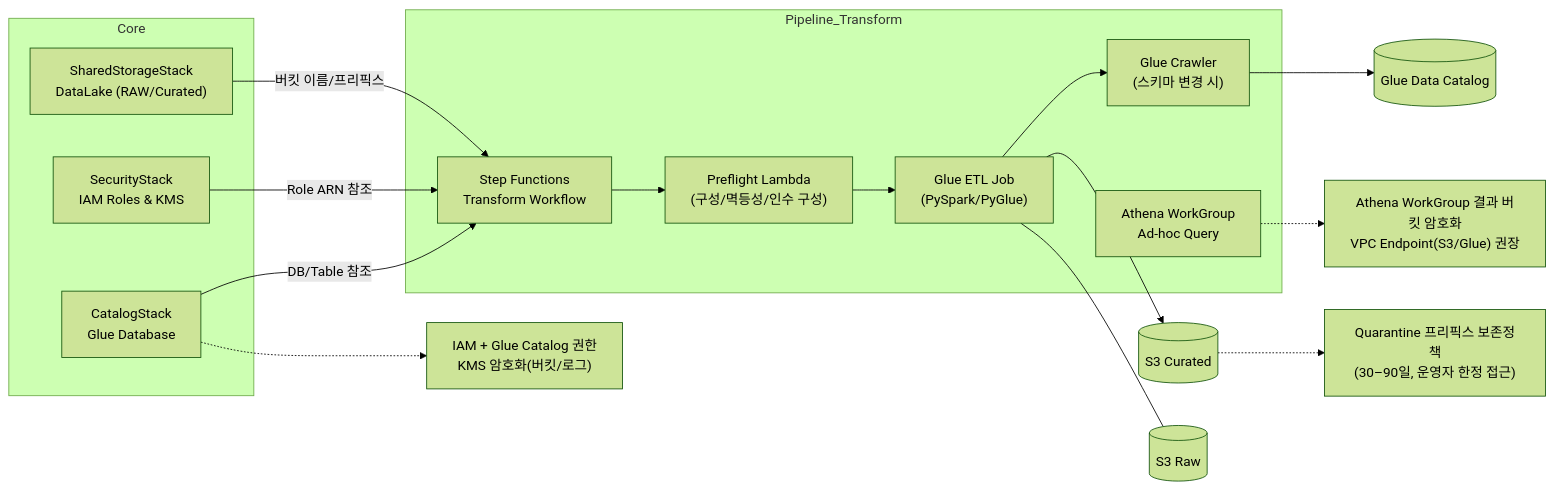
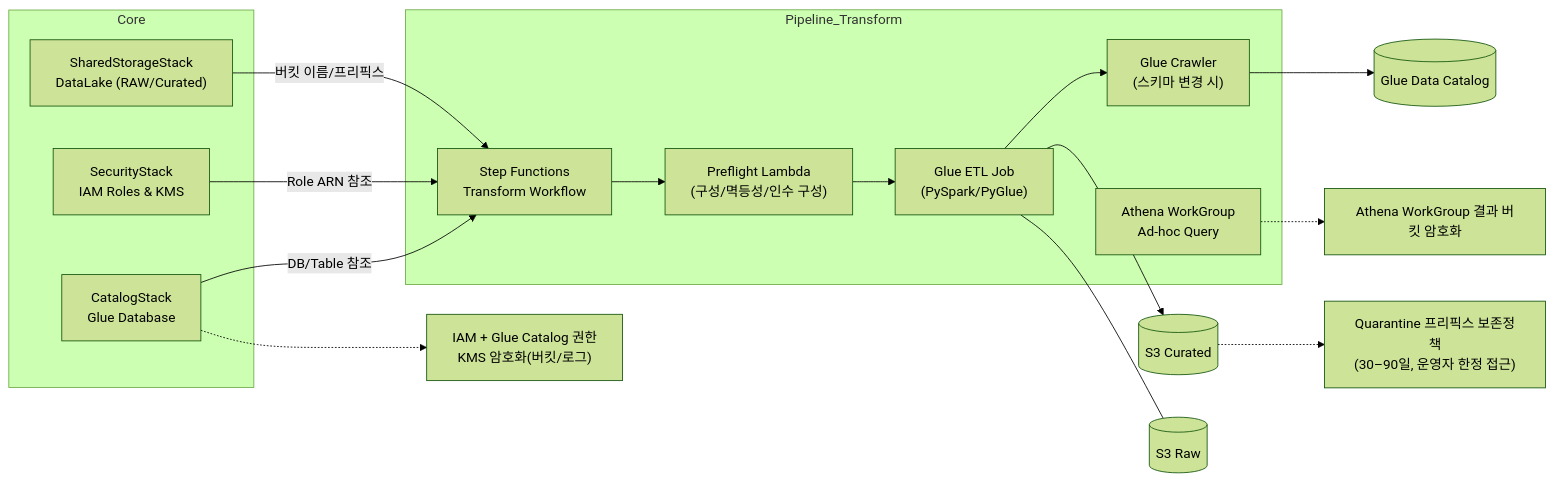
The diagram in docs/diagrams/transform/01-components.md (keemgdeok/fin-forge-pipeline), drawn with Mermaid (forest theme) before and after one commit. The commit also changed 10 other files, not shown here.

Commit message:
feat: add generate-svgs.sh -> auto generate mermaid diagrams

````diff
--- a/docs/diagrams/transform/01-components.md
+++ b/docs/diagrams/transform/01-components.md
@@ -1,36 +1,36 @@
 ```mermaid
 graph LR
   subgraph Core
     SS["SharedStorageStack<br/>DataLake (RAW/Curated)"]
     SEC["SecurityStack<br/>IAM Roles & KMS"]
     GOV["CatalogStack<br/>Glue Database"]
   end
 
   subgraph Pipeline_Transform
     SFN["Step Functions<br/>Transform Workflow"]
     PRE["Preflight Lambda<br/>(구성/멱등성/인수 구성)"]
     GLUE["Glue ETL Job<br/>(PySpark/PyGlue)"]
     CRAWL["Glue Crawler<br/>(스키마 변경 시)"]
     ATH["Athena WorkGroup<br/>Ad-hoc Query"]
   end
 
   SS -->|버킷 이름/프리픽스| SFN
   SEC -->|Role ARN 참조| SFN
   GOV -->|DB/Table 참조| SFN
 
   SFN --> PRE
   PRE --> GLUE
   GLUE --> CRAWL
   GLUE --> CUR[(S3 Curated)]
   GLUE --- RAW[(S3 Raw)]
   CRAWL --> CAT[(Glue Data Catalog)]
 
   %% Governance/Security notes
   N1["IAM + Glue Catalog 권한<br/>KMS 암호화(버킷/로그)"]:::note
-  N2["Athena WorkGroup 결과 버킷 암호화<br/>VPC Endpoint(S3/Glue) 권장"]:::note
+  N2["Athena WorkGroup 결과 버킷 암호화"]:::note
   N3["Quarantine 프리픽스 보존정책<br/>(30–90일, 운영자 한정 접근)"]:::note
   GOV -.-> N1
   ATH -.-> N2
   CUR -.-> N3
 
 ```
````
